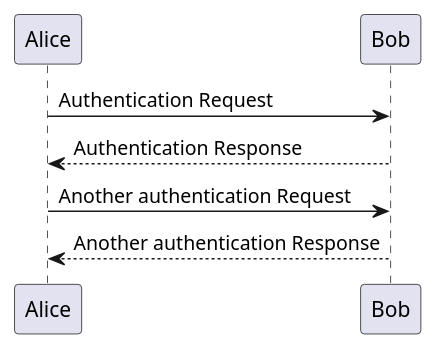
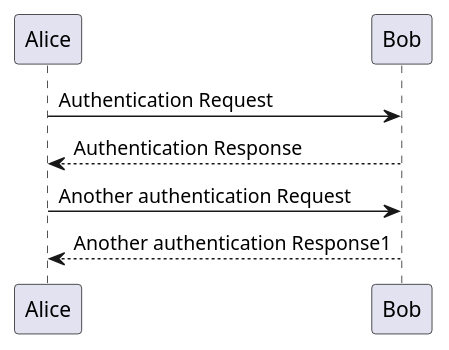
One commit to wicksome/plantuml-extension changed the diagram in samples/sequence-diagram.pu. Above: the diagram before and after it, drawn with PlantUML.

```diff
--- a/samples/sequence-diagram.pu
+++ b/samples/sequence-diagram.pu
@@ -1,7 +1,7 @@
 @startuml
 Alice -> Bob: Authentication Request
 Bob --> Alice: Authentication Response
 
 Alice -> Bob: Another authentication Request
-Alice <-- Bob: Another authentication Response
+Alice <-- Bob: Another authentication Response1
 @enduml
```
